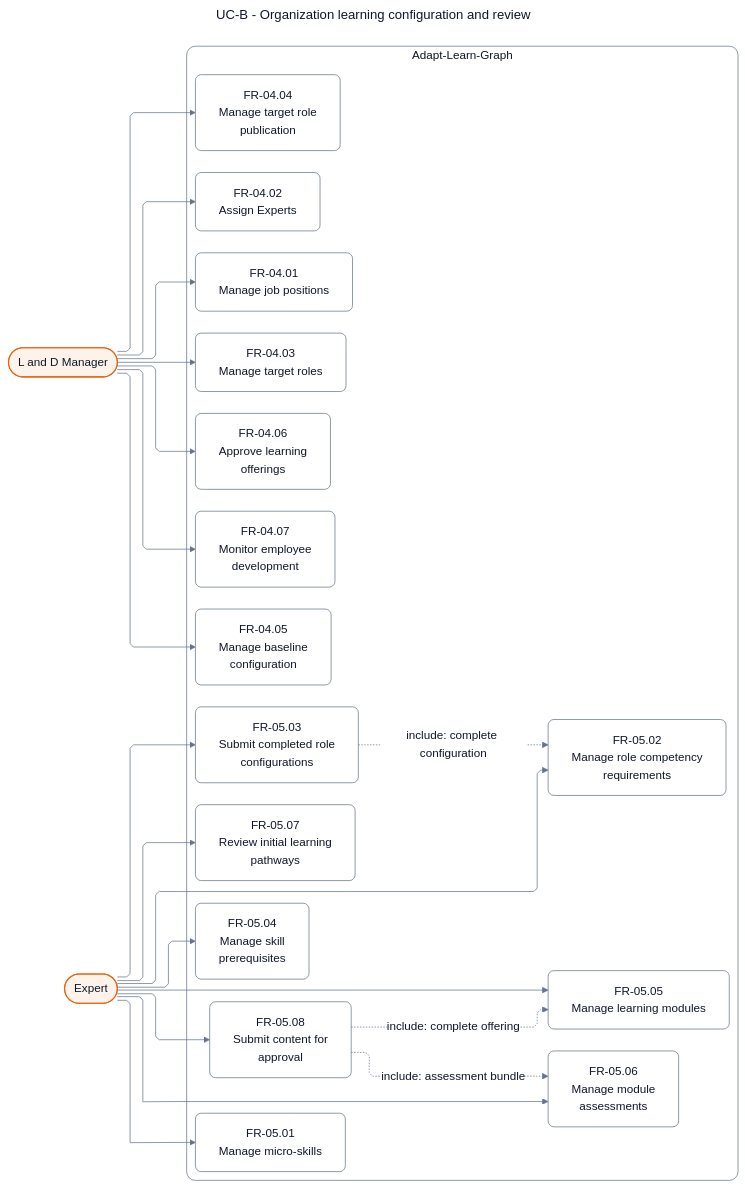
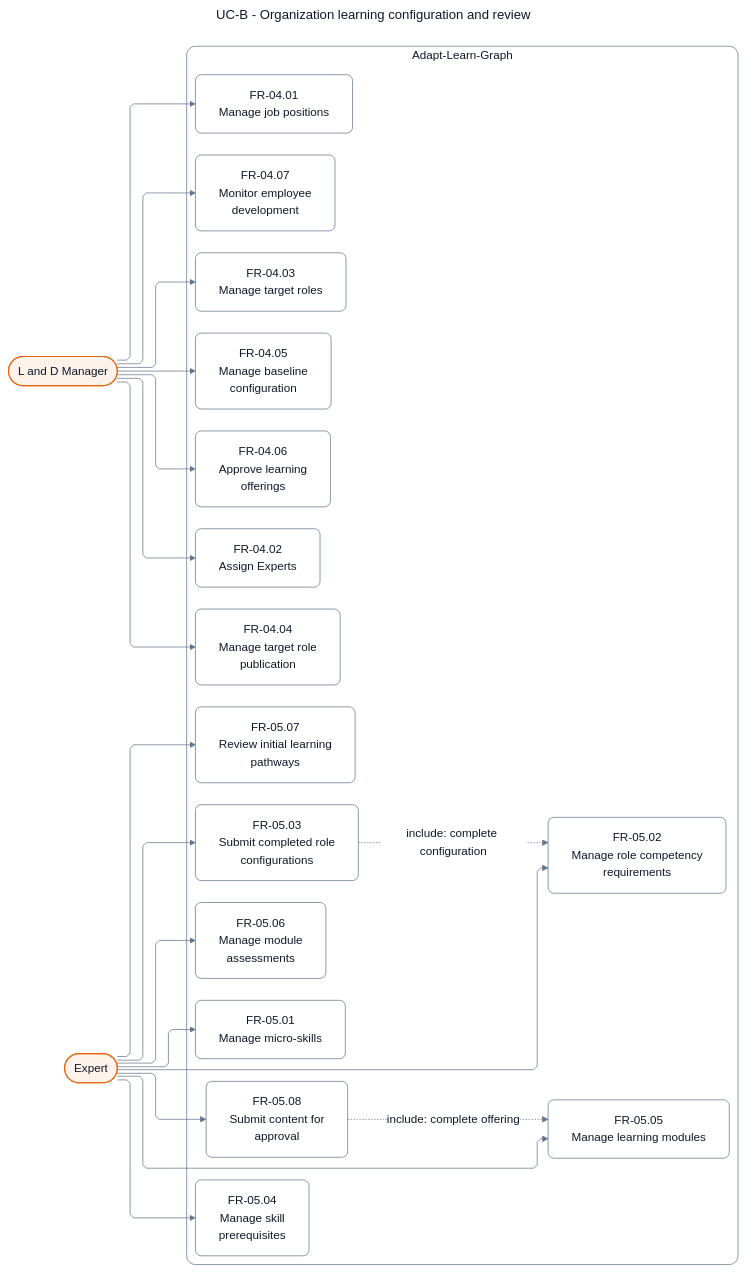
One commit to SEP490-Fall-2026-GFA26SE64/SEP490 changed the diagram in documents/diagrams/mermaid/uc-b.mmd. Above: the diagram before and after it, drawn with Mermaid. The commit also changed 19 other files, not shown here.

```diff
--- a/documents/diagrams/mermaid/uc-b.mmd
+++ b/documents/diagrams/mermaid/uc-b.mmd
@@ -1,47 +1,46 @@
 ---
 title: "UC-B - Organization learning configuration and review"
 config: {"theme":"base","fontFamily":"Segoe UI, Arial, sans-serif","themeVariables":{"fontFamily":"Segoe UI, Arial, sans-serif","fontSize":"16px","primaryColor":"#ffffff","primaryTextColor":"#0f1729","primaryBorderColor":"#64748b","secondaryColor":"#fef3eb","tertiaryColor":"#ffffff","lineColor":"#64748b","textColor":"#0f1729","mainBkg":"#ffffff","background":"#ffffff","clusterBkg":"#ffffff","clusterBorder":"#64748b","edgeLabelBackground":"#ffffff","titleColor":"#0f1729","noteBkgColor":"#fef3eb","noteTextColor":"#0f1729","noteBorderColor":"#e6650f","secondaryBorderColor":"#64748b","tertiaryBorderColor":"#64748b","secondaryTextColor":"#0f1729","tertiaryTextColor":"#0f1729"},"layout":"elk","elk":{"mergeEdges":false,"nodePlacementStrategy":"NETWORK_SIMPLEX"},"flowchart":{"htmlLabels":true,"nodeSpacing":28,"rankSpacing":56,"curve":"linear","diagramPadding":24,"padding":16,"wrappingWidth":250}}
 ---
 flowchart LR
   SRS_UC_B_LD(["L and D Manager"])
   SRS_UC_B_E(["Expert"])
   subgraph SRS_UC_B_Group1["Adapt-Learn-Graph"]
     SRS_UC_B_U0401["FR-04.01<br/>Manage job positions"]
     SRS_UC_B_U0402["FR-04.02<br/>Assign Experts"]
     SRS_UC_B_U0403["FR-04.03<br/>Manage target roles"]
     SRS_UC_B_U0404["FR-04.04<br/>Manage target role<br/>publication"]
     SRS_UC_B_U0405["FR-04.05<br/>Manage baseline<br/>configuration"]
     SRS_UC_B_U0406["FR-04.06<br/>Approve learning<br/>offerings"]
     SRS_UC_B_U0407["FR-04.07<br/>Monitor employee<br/>development"]
     SRS_UC_B_U0501["FR-05.01<br/>Manage micro-skills"]
     SRS_UC_B_U0502["FR-05.02<br/>Manage role competency<br/>requirements"]
     SRS_UC_B_U0503["FR-05.03<br/>Submit completed role<br/>configurations"]
     SRS_UC_B_U0504["FR-05.04<br/>Manage skill<br/>prerequisites"]
     SRS_UC_B_U0505["FR-05.05<br/>Manage learning modules"]
     SRS_UC_B_U0506["FR-05.06<br/>Manage module<br/>assessments"]
     SRS_UC_B_U0507["FR-05.07<br/>Review initial learning<br/>pathways"]
     SRS_UC_B_U0508["FR-05.08<br/>Submit content for<br/>approval"]
   end
   SRS_UC_B_LD --> SRS_UC_B_U0401
   SRS_UC_B_LD --> SRS_UC_B_U0402
   SRS_UC_B_LD --> SRS_UC_B_U0403
   SRS_UC_B_LD --> SRS_UC_B_U0404
   SRS_UC_B_LD --> SRS_UC_B_U0405
   SRS_UC_B_LD --> SRS_UC_B_U0406
   SRS_UC_B_LD --> SRS_UC_B_U0407
   SRS_UC_B_E --> SRS_UC_B_U0501
   SRS_UC_B_E --> SRS_UC_B_U0502
   SRS_UC_B_E --> SRS_UC_B_U0503
   SRS_UC_B_E --> SRS_UC_B_U0504
   SRS_UC_B_E --> SRS_UC_B_U0505
   SRS_UC_B_E --> SRS_UC_B_U0506
   SRS_UC_B_E --> SRS_UC_B_U0507
   SRS_UC_B_E --> SRS_UC_B_U0508
   SRS_UC_B_U0503 -.->|"include: complete configuration"| SRS_UC_B_U0502
   SRS_UC_B_U0508 -.->|"include: complete offering"| SRS_UC_B_U0505
-  SRS_UC_B_U0508 -.->|"include: assessment bundle"| SRS_UC_B_U0506
 
   classDef default fill:#ffffff,stroke:#64748b,color:#0f1729,stroke-width:1px,rx:8,ry:8
   classDef actor fill:#fef3eb,stroke:#e6650f,color:#0f1729,stroke-width:1.5px
   class SRS_UC_B_LD,SRS_UC_B_E actor
   style SRS_UC_B_Group1 fill:#ffffff,stroke:#64748b,stroke-width:1px,color:#0f1729,rx:12,ry:12
```
